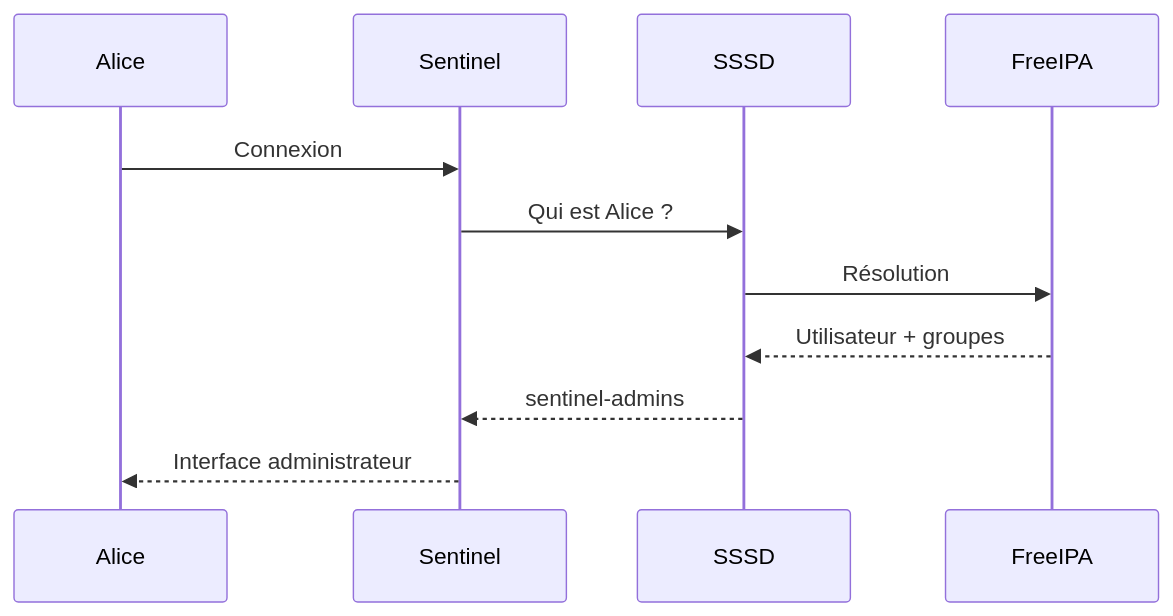
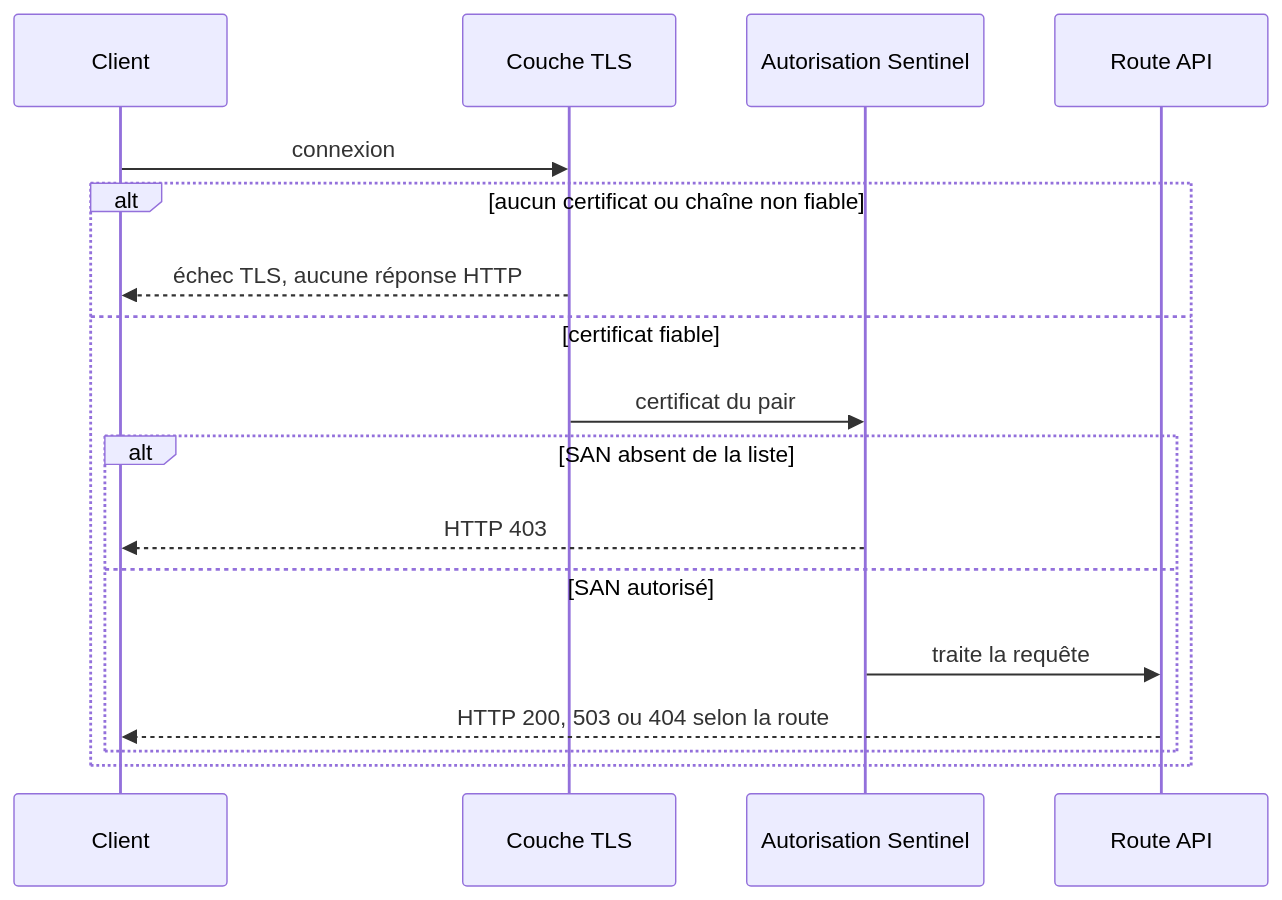
One commit to tdelaclos/formations changed the second of 2 diagrams in sentinel/docs/campagne_08/8.9-integration-sentinel.md. Above: the diagram before and after it, drawn with Mermaid. The commit also changed other lines of this file and 10 other files, not shown here.

Commit message:
Refondre la campagne 8 FreeIPA

````diff
--- a/sentinel/docs/campagne_08/8.9-integration-sentinel.md
+++ b/sentinel/docs/campagne_08/8.9-integration-sentinel.md
@@ -347,23 +71,19 @@
 ```mermaid
 sequenceDiagram
-
-    participant A as Alice
-
-    participant S as Sentinel
-
-    participant SS as SSSD
-
-    participant IPA as FreeIPA
-
-    A->>S: Connexion
-
-    S->>SS: Qui est Alice ?
-
-    SS->>IPA: Résolution
-
-    IPA-->>SS: Utilisateur + groupes
-
-    SS-->>S: sentinel-admins
-
-    S-->>A: Interface administrateur
+    participant C as Client
+    participant T as Couche TLS
+    participant A as Autorisation Sentinel
+    participant R as Route API
+    C->>T: connexion
+    alt aucun certificat ou chaîne non fiable
+        T-->>C: échec TLS, aucune réponse HTTP
+    else certificat fiable
+        T->>A: certificat du pair
+        alt SAN absent de la liste
+            A-->>C: HTTP 403
+        else SAN autorisé
+            A->>R: traite la requête
+            R-->>C: HTTP 200, 503 ou 404 selon la route
+        end
+    end
 ```
````
